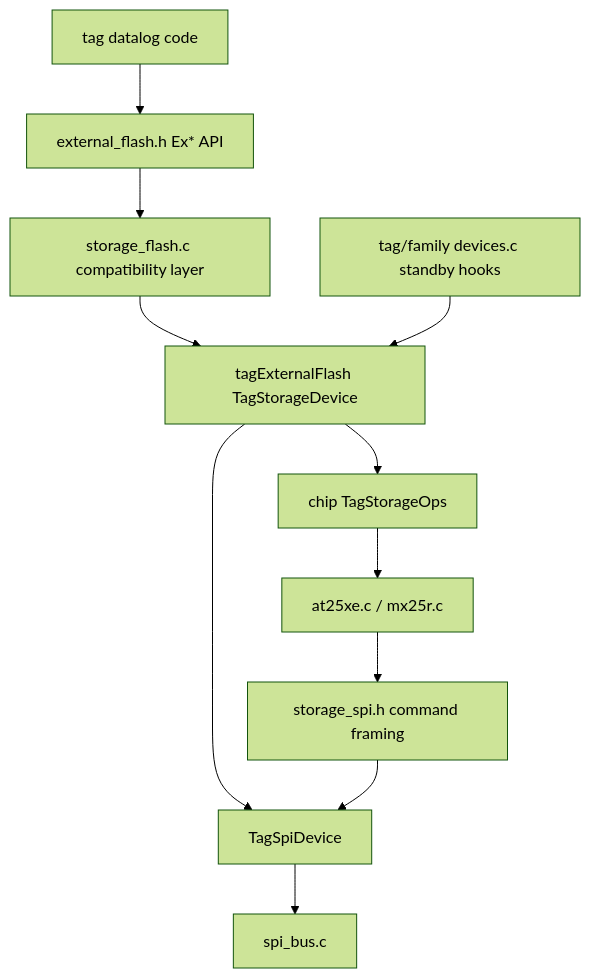
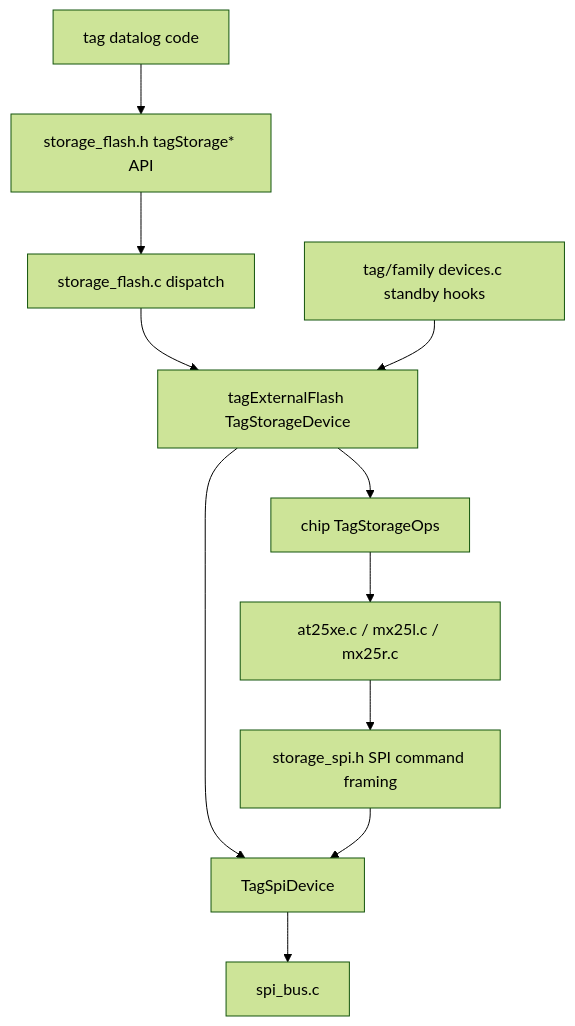
The diagram in embedded/tags/common/storage/README.md (tag-designs/software), drawn with Mermaid (forest theme) before and after one commit. The commit also changed other lines of this file and 22 other files, not shown here.

Commit message:
Remove legacy external flash API

````diff
--- a/embedded/tags/common/storage/README.md
+++ b/embedded/tags/common/storage/README.md
@@ -70,25 +62,25 @@
 ```mermaid
 flowchart TD
   Datalog["tag datalog code"]
-  ExAPI["external_flash.h Ex* API"]
-  Compat["storage_flash.c compatibility layer"]
+  PublicAPI["storage_flash.h tagStorage* API"]
+  StorageFlash["storage_flash.c dispatch"]
   StorageDev["tagExternalFlash TagStorageDevice"]
   Ops["chip TagStorageOps"]
-  Chip["at25xe.c / mx25r.c"]
-  SpiHelper["storage_spi.h command framing"]
+  Chip["at25xe.c / mx25l.c / mx25r.c"]
+  SpiHelper["storage_spi.h SPI command framing"]
   SpiDevice["TagSpiDevice"]
   SpiCore["spi_bus.c"]
 
-  Datalog --> ExAPI
-  ExAPI --> Compat
-  Compat --> StorageDev
+  Datalog --> PublicAPI
+  PublicAPI --> StorageFlash
+  StorageFlash --> StorageDev
   StorageDev --> Ops
   Ops --> Chip
   Chip --> SpiHelper
   StorageDev --> SpiDevice
   SpiHelper --> SpiDevice
   SpiDevice --> SpiCore
 
   Standby["tag/family devices.c standby hooks"]
   Standby --> StorageDev
 ```
````
